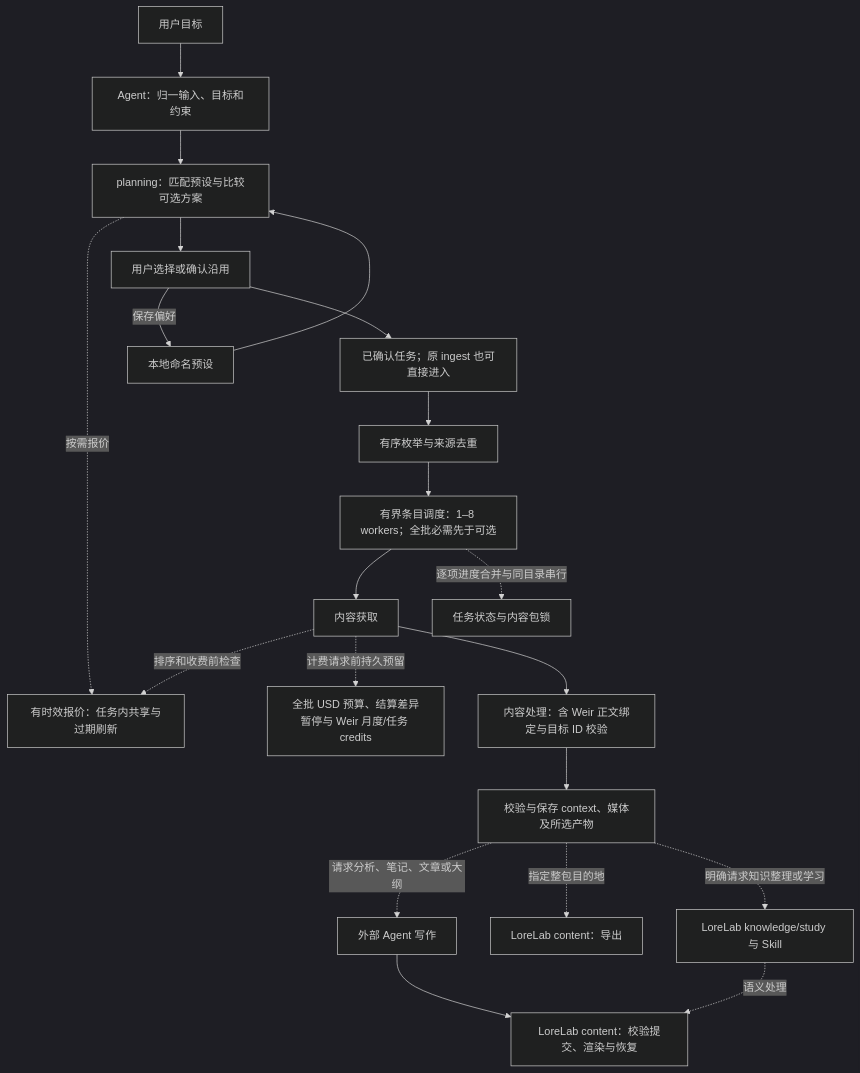
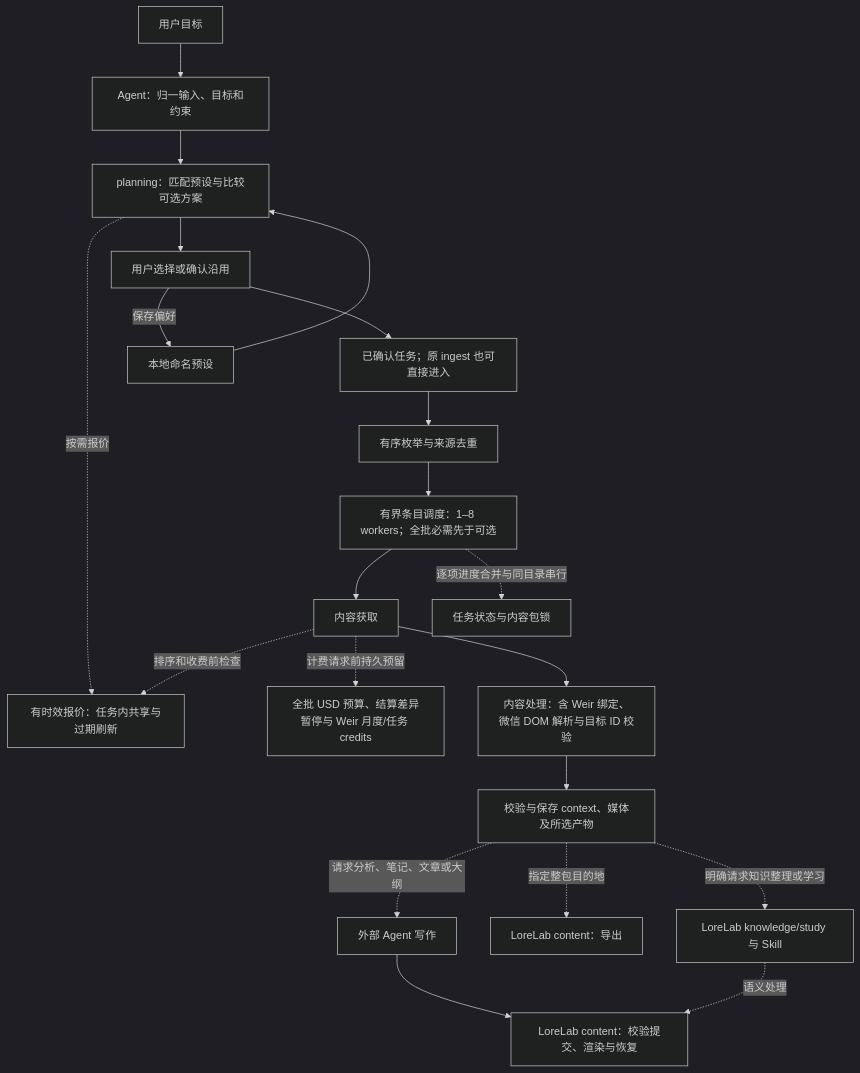
One commit to 0xTotoroX/soota changed the first of 2 diagrams in docs/providers.md. Above: the diagram before and after it, drawn with Mermaid (dark theme). The commit also changed other lines of this file and 58 other files, not shown here.

````diff
--- a/docs/providers.md
+++ b/docs/providers.md
@@ -19,24 +19,24 @@
 ```mermaid
 flowchart TD
     U[用户目标] --> N[Agent：归一输入、目标和约束]
     N --> PL[planning：匹配预设与比较可选方案]
     PRE[本地命名预设] --> PL
     PL -.按需报价.-> P
     PL --> CONF[用户选择或确认沿用]
     CONF -->|保存偏好| PRE
     CONF --> A[已确认任务；原 ingest 也可直接进入]
     A --> B[有序枚举与来源去重]
     B --> H[有界条目调度：1–8 workers；全批必需先于可选]
     H --> C[内容获取]
     H -.逐项进度合并与同目录串行.-> S[任务状态与内容包锁]
     C -.排序和收费前检查.-> P[有时效报价：任务内共享与过期刷新]
     C -.计费请求前持久预留.-> Q[全批 USD 预算、结算差异暂停与 Weir 月度/任务 credits]
-    C --> D[内容处理：含 Weir 正文绑定与目标 ID 校验]
+    C --> D[内容处理：含 Weir 绑定、微信 DOM 解析与目标 ID 校验]
     D --> E[校验与保存 context、媒体及所选产物]
     E -.请求分析、笔记、文章或大纲.-> F[外部 Agent 写作]
     F --> L[LoreLab content：校验提交、渲染与恢复]
     E -.指定整包目的地.-> G[LoreLab content：导出]
     E -.明确请求知识整理或学习.-> K[LoreLab knowledge/study 与 Skill]
     K -.语义处理.-> L
 
 ```
````
